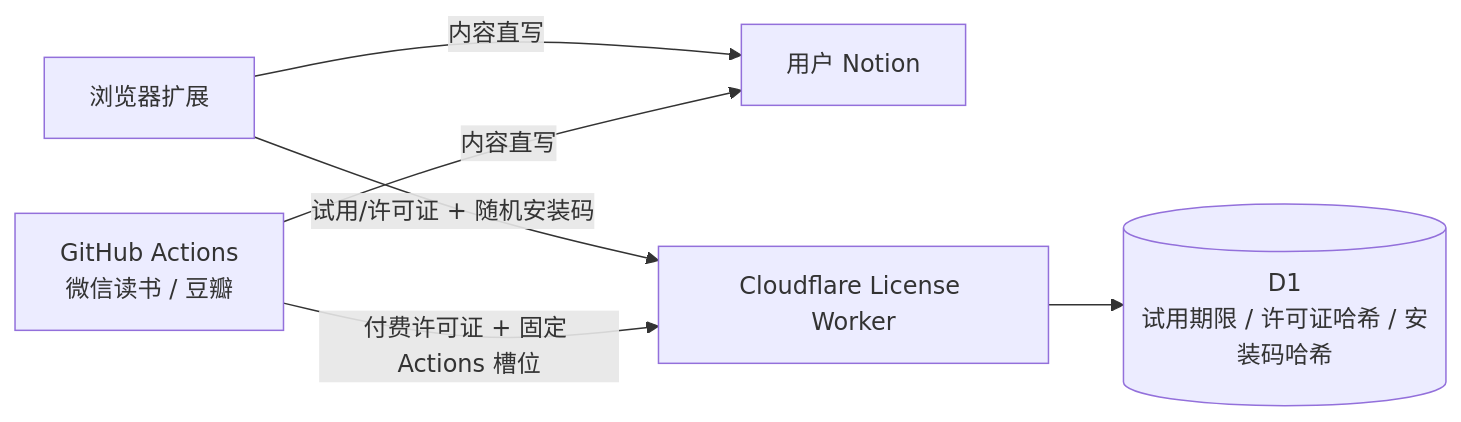
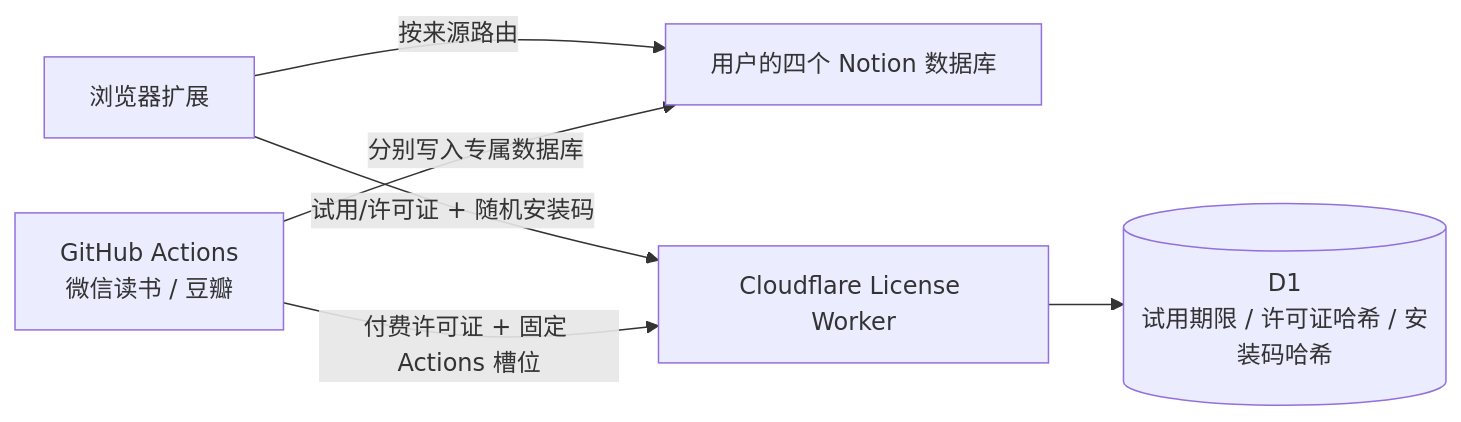
The diagram in docs/architecture.md (zengyincen/TunNest), drawn with Mermaid before and after one commit. The commit also changed other lines of this file and 22 other files, not shown here.

````diff
--- a/docs/architecture.md
+++ b/docs/architecture.md
@@ -3,8 +3,8 @@
 ```mermaid
 flowchart LR
-  B["浏览器扩展"] -->|"内容直写"| N["用户 Notion"]
-  G["GitHub Actions\n微信读书 / 豆瓣"] -->|"内容直写"| N
+  B["浏览器扩展"] -->|"按来源路由"| N["用户的四个 Notion 数据库"]
+  G["GitHub Actions\n微信读书 / 豆瓣"] -->|"分别写入专属数据库"| N
   B -->|"试用/许可证 + 随机安装码"| L["Cloudflare License Worker"]
   G -->|"付费许可证 + 固定 Actions 槽位"| L
   L --> D[("D1\n试用期限 / 许可证哈希 / 安装码哈希")]
 ```
````
